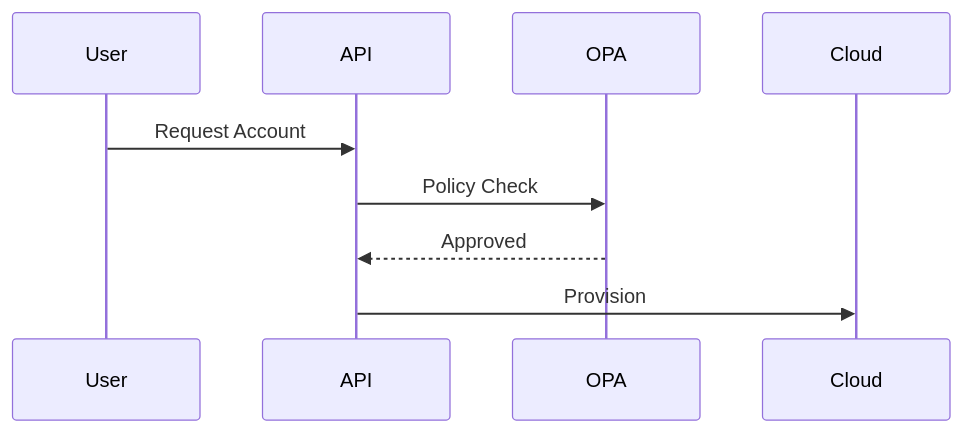
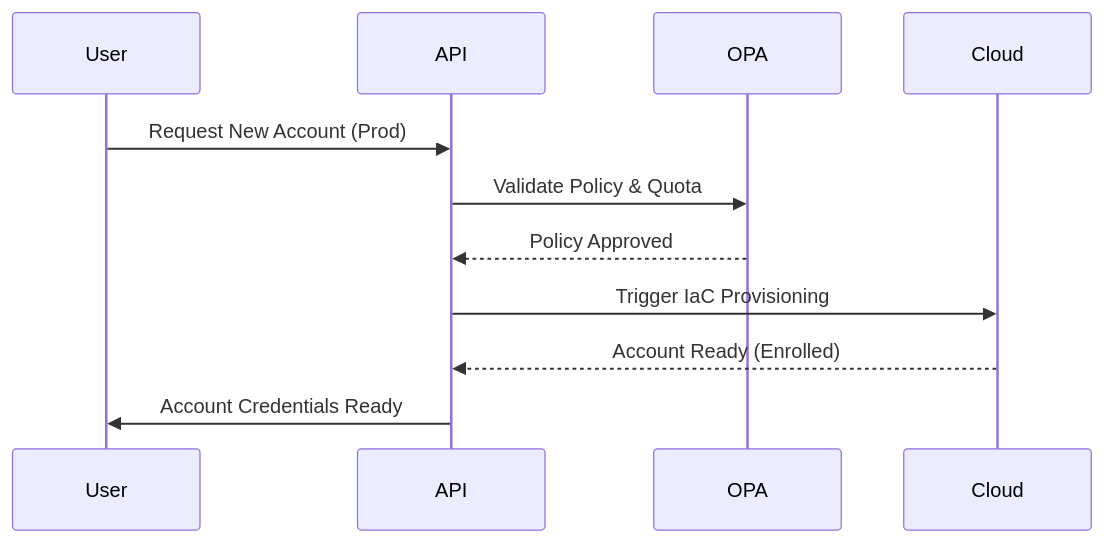
The third of 30 diagrams in README.md (Devopstrio/hybrid-landingzone), drawn with Mermaid before and after one commit. The commit also changed other lines of this file, not shown here.

Commit message:
docs: finalize premium institutional-grade README with 30+ diagrams and executive summary

````diff
--- a/README.md
+++ b/README.md
@@ -50,7 +89,9 @@
 ```mermaid
 sequenceDiagram
-    User->>API: Request Account
-    API->>OPA: Policy Check
-    OPA-->>API: Approved
-    API->>Cloud: Provision
+    User->>API: Request New Account (Prod)
+    API->>OPA: Validate Policy & Quota
+    OPA-->>API: Policy Approved
+    API->>Cloud: Trigger IaC Provisioning
+    Cloud-->>API: Account Ready (Enrolled)
+    API->>User: Account Credentials Ready
 ```
````
